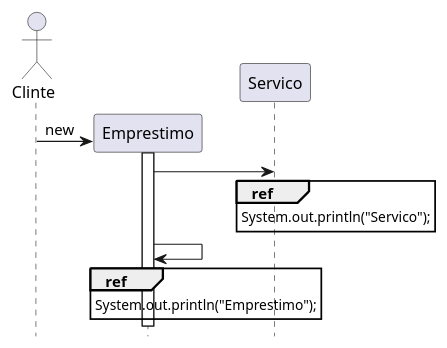
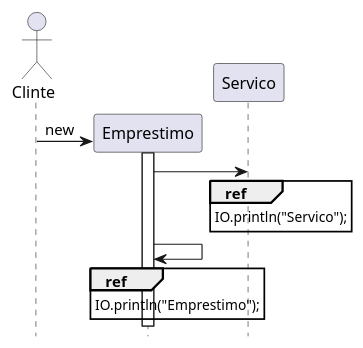
One commit to 20252-ifba-saj-ads-poo/blog changed the ninth of 9 diagrams in src/posts/16_heranca.md. Above: the diagram before and after it, drawn with PlantUML. The commit also changed other lines of this file, not shown here.

````diff
--- a/src/posts/16_heranca.md
+++ b/src/posts/16_heranca.md
@@ -713,20 +728,20 @@
 ```plantuml
 @startuml 
 hide footbox
 actor Clinte
 
 create Emprestimo
 Clinte -> Emprestimo : new
 activate Emprestimo
 
 
 Emprestimo -> Servico 
 ref over Servico
-  System.out.println("Servico");
+  IO.println("Servico");
 end ref
 Emprestimo -> Emprestimo 
 ref over Emprestimo
-  System.out.println("Emprestimo");
+  IO.println("Emprestimo");
 end ref
 @enduml
 ```
````
